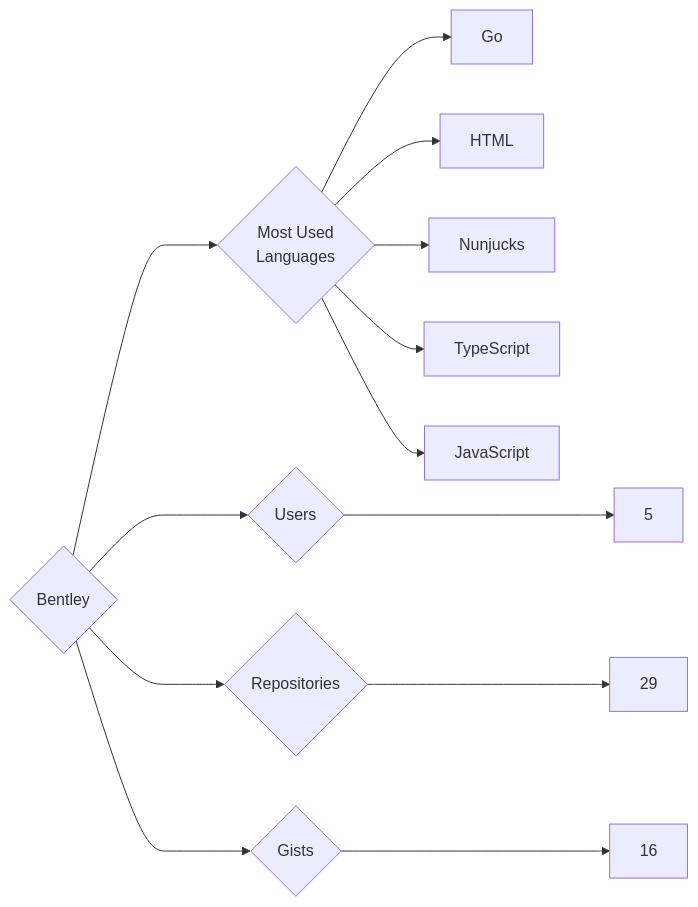
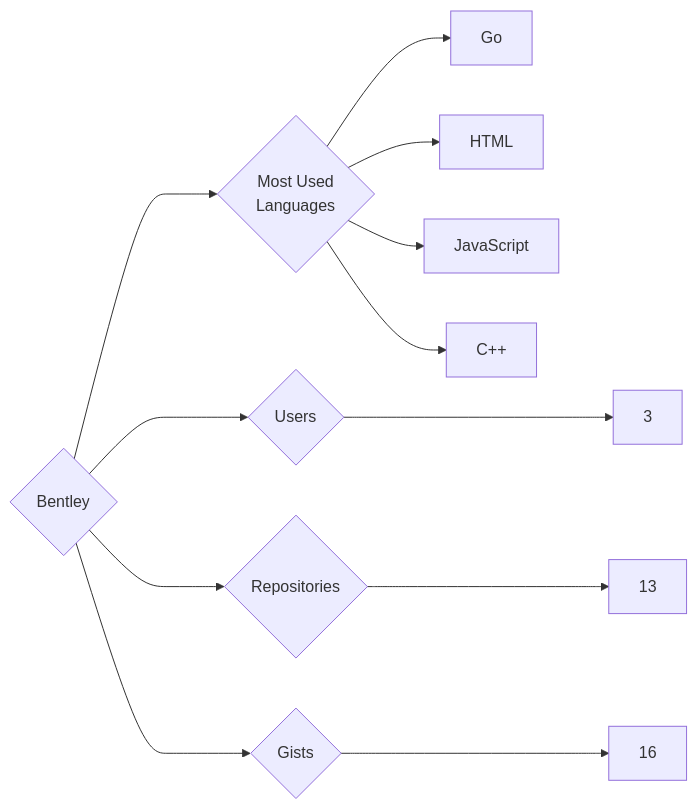
The diagram in targets/Bentley/README.md (trickest/insiders), drawn with Mermaid before and after one commit. The commit also changed 997 other files, not shown here.

````diff
--- a/targets/Bentley/README.md
+++ b/targets/Bentley/README.md
@@ -3,13 +3,12 @@
 ```mermaid
 graph LR
 COMPANY_NAME{Bentley}
-COMPANY_NAME ---> U{Users} ---> UN[5]
-COMPANY_NAME ---> R{Repositories} ---> RN[29]
+COMPANY_NAME ---> U{Users} ---> UN[3]
+COMPANY_NAME ---> R{Repositories} ---> RN[13]
 COMPANY_NAME ---> G{Gists} ---> GN[16]
 COMPANY_NAME ---> ML{Most Used<br>Languages}
 ML --> Go[Go]
 ML --> HTML[HTML]
-ML --> Nunjucks[Nunjucks]
-ML --> TypeScript[TypeScript]
 ML --> JavaScript[JavaScript]
+ML --> C++[C++]
 ```
````
